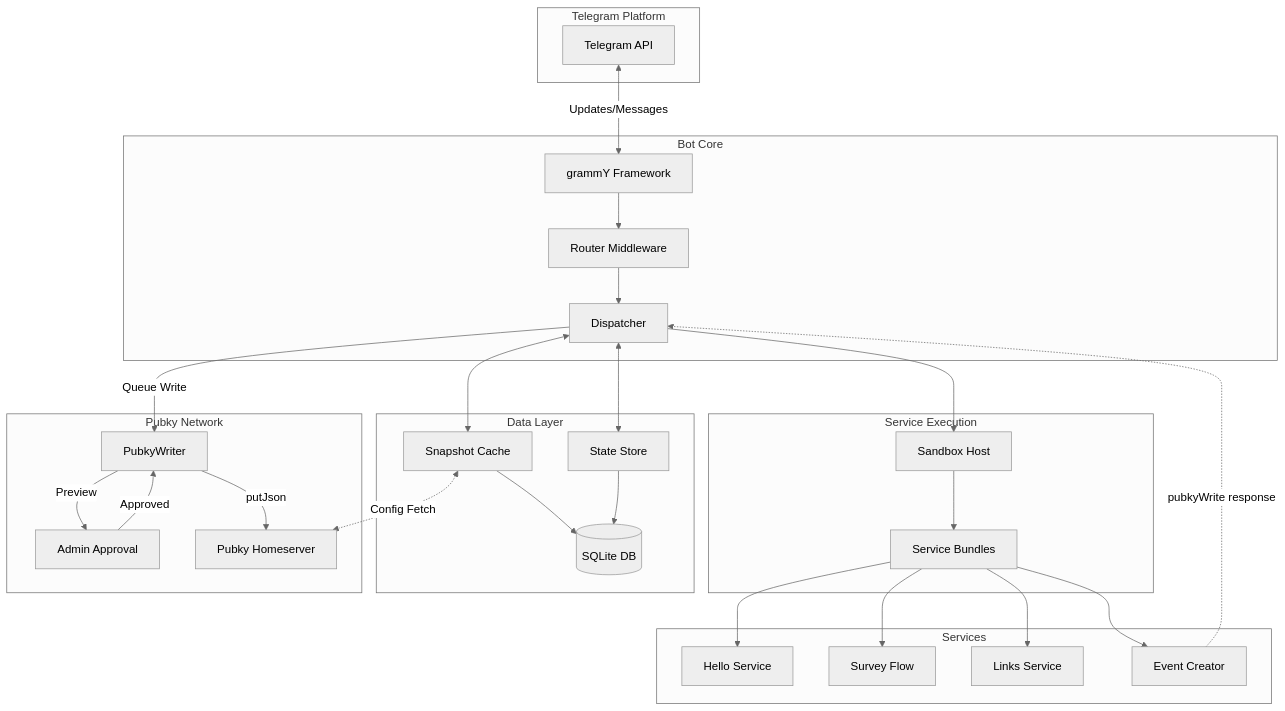
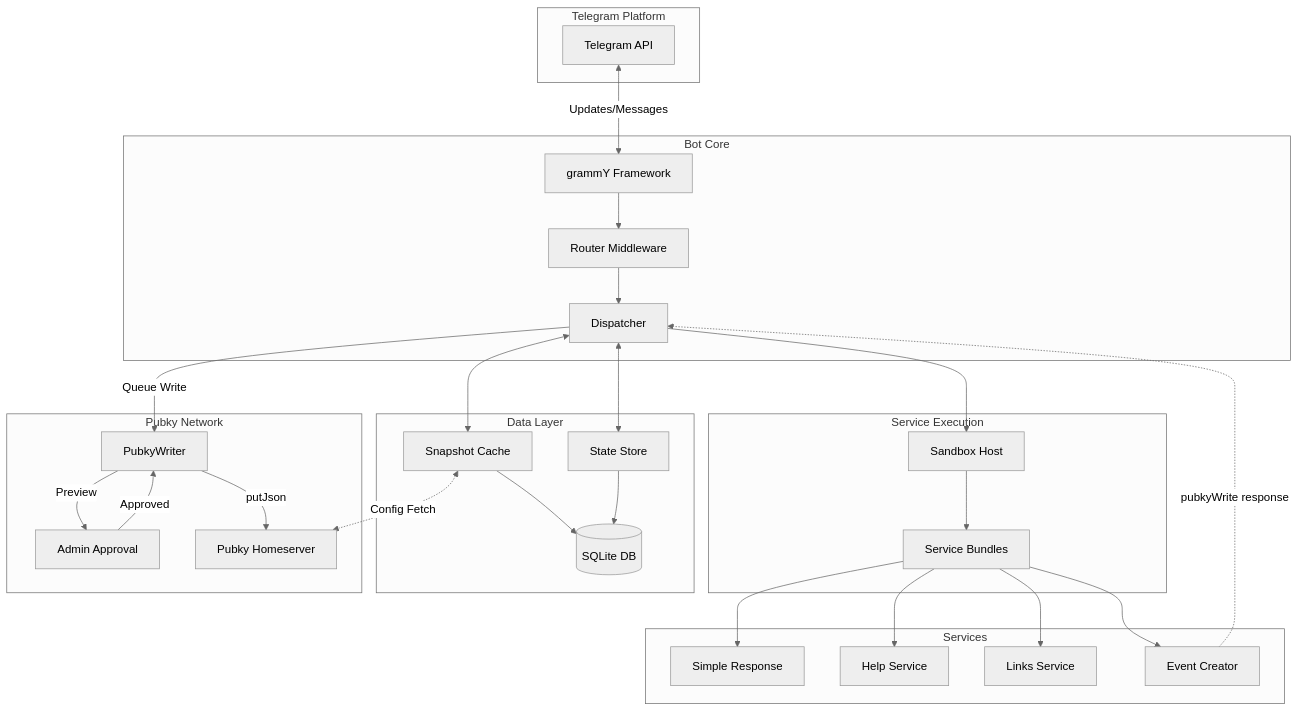
One commit to gillohner/pubky_bot_builder_telegram changed the first of 7 diagrams in docs/overview.md. Above: the diagram before and after it, drawn with Mermaid (neutral theme). The commit also changed other lines of this file and 42 other files, not shown here.

````diff
--- a/docs/overview.md
+++ b/docs/overview.md
@@ -8,55 +8,55 @@
 ```mermaid
 flowchart TB
     subgraph Telegram["Telegram Platform"]
         TG[Telegram API]
     end
     
     subgraph Bot["Bot Core"]
         Grammy[grammY Framework]
         Router[Router Middleware]
         Dispatcher[Dispatcher]
     end
     
     subgraph Execution["Service Execution"]
         Sandbox[Sandbox Host]
         Bundle[Service Bundles]
     end
     
     subgraph Services["Services"]
-        S1[Hello Service]
-        S2[Survey Flow]
+        S1[Simple Response]
+        S2[Help Service]
         S3[Links Service]
         S4[Event Creator]
     end
     
     subgraph Storage["Data Layer"]
         SQLite[(SQLite DB)]
         State[State Store]
         Snapshot[Snapshot Cache]
     end
     
     subgraph PubkyLayer["Pubky Network"]
         PW[PubkyWriter]
         AG[Admin Approval]
         Pubky[Pubky Homeserver]
     end
     
     TG <-->|Updates/Messages| Grammy
     Grammy --> Router
     Router --> Dispatcher
     Dispatcher --> Sandbox
     Sandbox --> Bundle
     Bundle --> S1 & S2 & S3 & S4
     
     Dispatcher <--> State
     Dispatcher <--> Snapshot
     Snapshot --> SQLite
     State --> SQLite
     Snapshot <-.->|Config Fetch| Pubky
     
     S4 -.->|pubkyWrite response| Dispatcher
     Dispatcher -->|Queue Write| PW
     PW -->|Preview| AG
     AG -->|Approved| PW
     PW -->|putJson| Pubky
 ```
````
